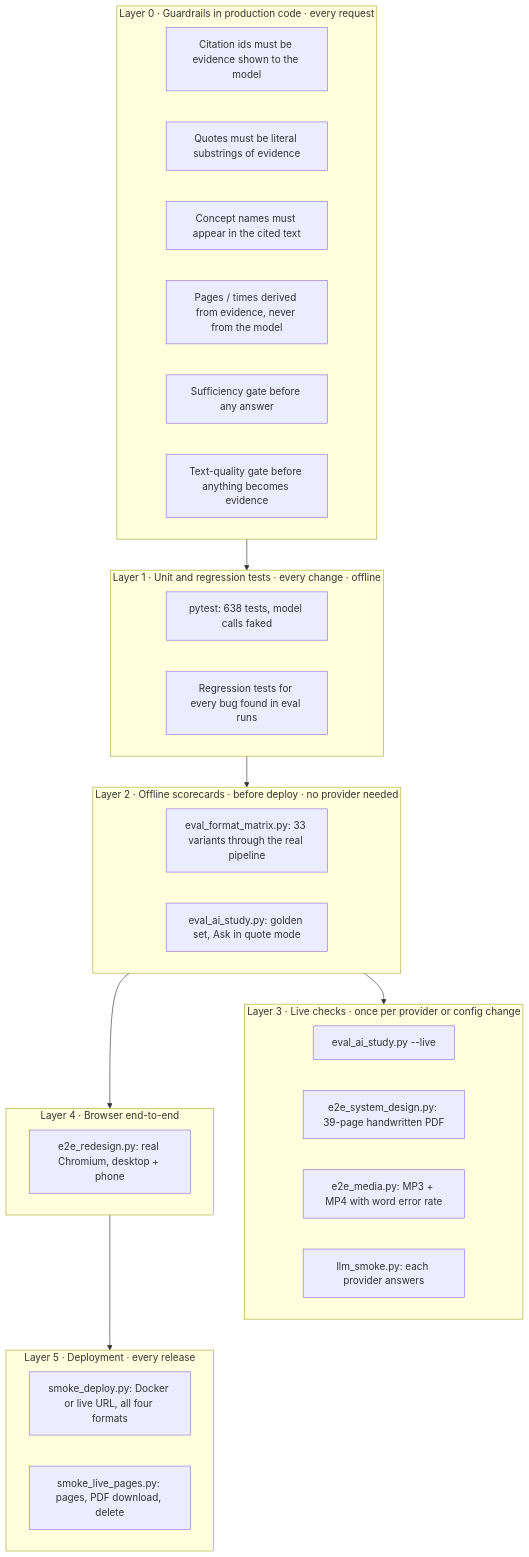
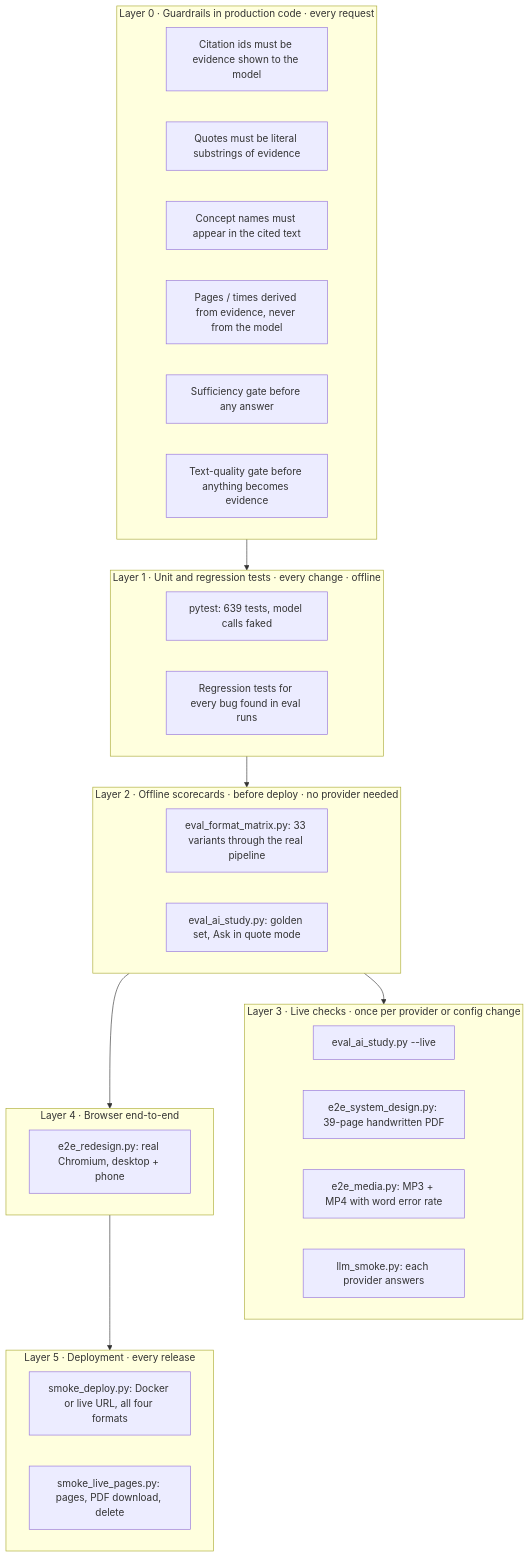
The first of 2 diagrams in docs/EVALUATION.md (shreyajoshi144/notiv), drawn with Mermaid before and after one commit. The commit also changed 13 other files, not shown here.

````diff
--- a/docs/EVALUATION.md
+++ b/docs/EVALUATION.md
@@ -20,34 +20,34 @@
 ```mermaid
 flowchart TB
     subgraph L0[Layer 0 · Guardrails in production code · every request]
         g1[Citation ids must be evidence shown to the model]
         g2[Quotes must be literal substrings of evidence]
         g3[Concept names must appear in the cited text]
         g4[Pages / times derived from evidence, never from the model]
         g5[Sufficiency gate before any answer]
         g6[Text-quality gate before anything becomes evidence]
     end
     subgraph L1[Layer 1 · Unit and regression tests · every change · offline]
-        t1[pytest: 638 tests, model calls faked]
+        t1[pytest: 639 tests, model calls faked]
         t2[Regression tests for every bug found in eval runs]
     end
     subgraph L2[Layer 2 · Offline scorecards · before deploy · no provider needed]
         e1[eval_format_matrix.py: 33 variants through the real pipeline]
         e2[eval_ai_study.py: golden set, Ask in quote mode]
     end
     subgraph L3[Layer 3 · Live checks · once per provider or config change]
         l1[eval_ai_study.py --live]
         l2[e2e_system_design.py: 39-page handwritten PDF]
         l3[e2e_media.py: MP3 + MP4 with word error rate]
         l4[llm_smoke.py: each provider answers]
     end
     subgraph L4[Layer 4 · Browser end-to-end]
         b1[e2e_redesign.py: real Chromium, desktop + phone]
     end
     subgraph L5[Layer 5 · Deployment · every release]
         d1[smoke_deploy.py: Docker or live URL, all four formats]
         d2[smoke_live_pages.py: pages, PDF download, delete]
     end
     L0 --> L1 --> L2 --> L3
     L2 --> L4 --> L5
 ```
````
